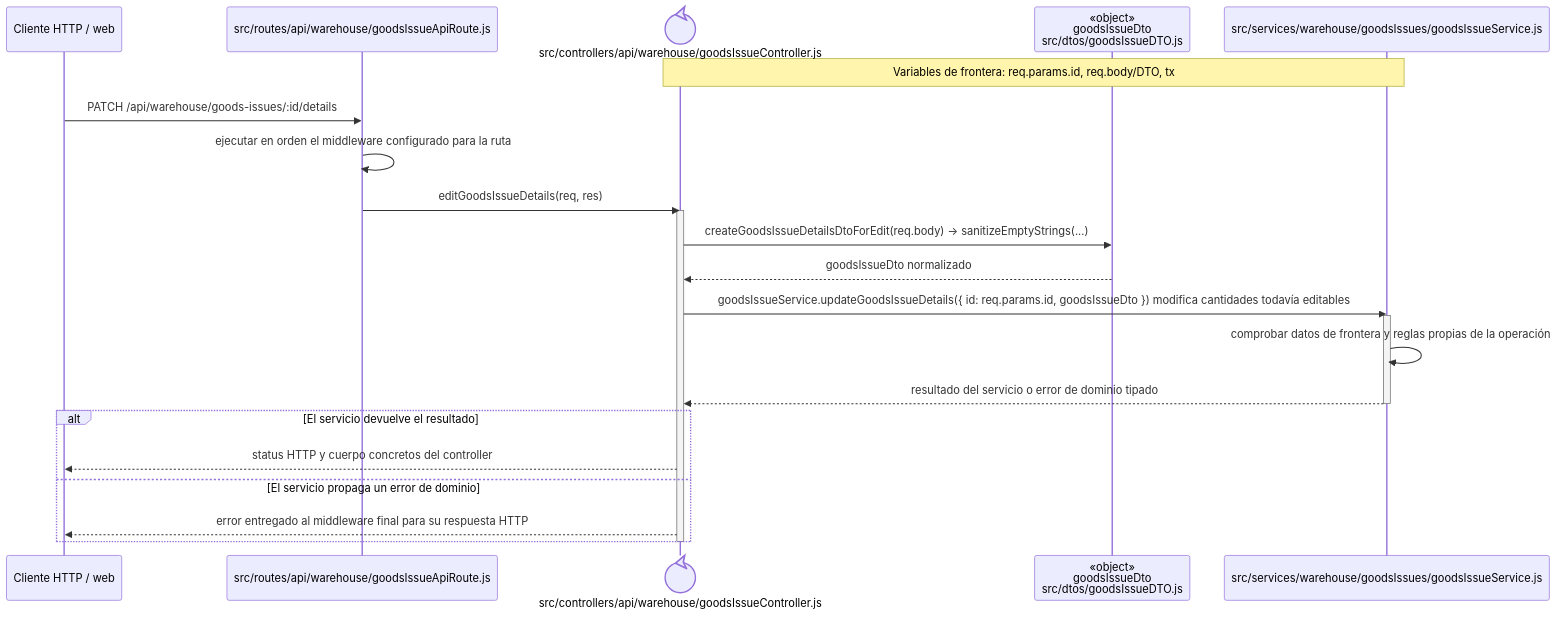
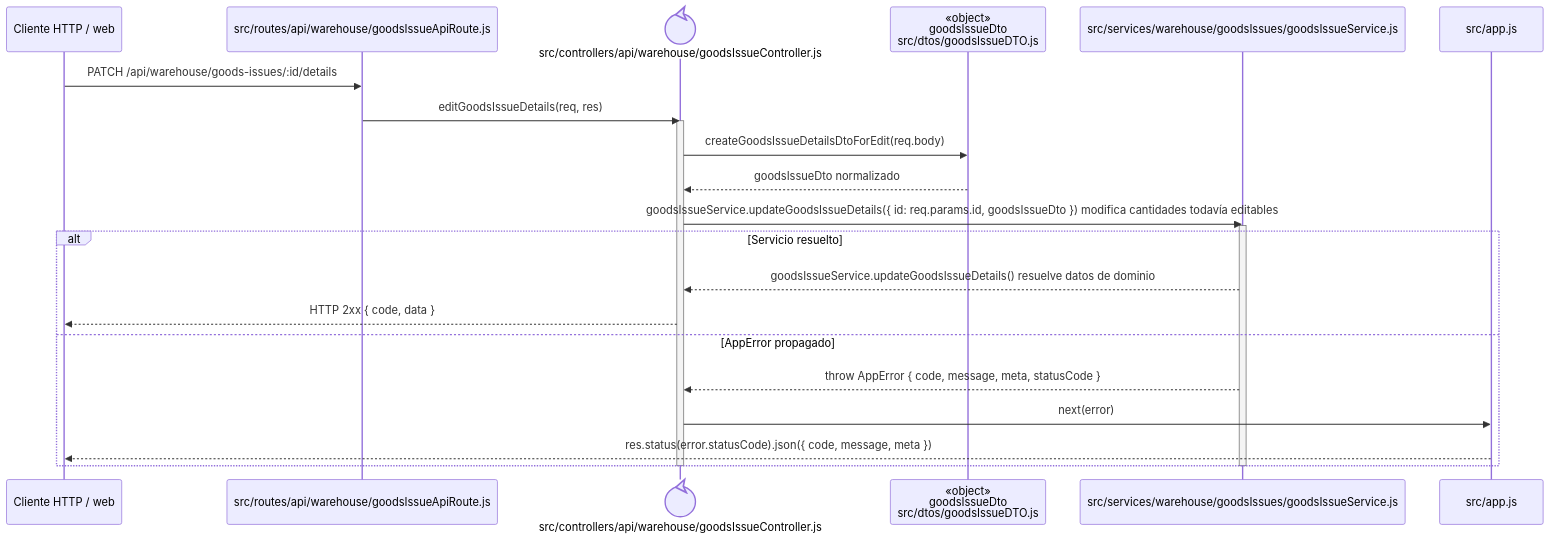
Before and after one commit to gpgsistemas01/nexus: the diagram in docs/architecture/backend-code-sequences/issues/cu-sal-04.md, drawn with Mermaid. The commit also changed 148 other files, not shown here.

````diff
--- a/docs/architecture/backend-code-sequences/issues/cu-sal-04.md
+++ b/docs/architecture/backend-code-sequences/issues/cu-sal-04.md
@@ -6,27 +6,27 @@
 ```mermaid
 sequenceDiagram
     participant Client as Cliente HTTP / web
     participant Route as src/routes/api/warehouse/goodsIssueApiRoute.js
     participant Controller@{ "type": "control" } as src/controllers/api/warehouse/goodsIssueController.js
     participant IssueDto as «object»<br/>goodsIssueDto<br/>src/dtos/goodsIssueDTO.js
     participant Domain as src/services/warehouse/goodsIssues/goodsIssueService.js
-    Note over Controller,Domain: Variables de frontera: req.params.id, req.body/DTO, tx
+    participant ErrorHandler as src/app.js
 
     Client->>Route: PATCH /api/warehouse/goods-issues/:id/details
-    Route->>Route: ejecutar en orden el middleware configurado para la ruta
     Route->>Controller: editGoodsIssueDetails(req, res)
     activate Controller
-    Controller->>IssueDto: createGoodsIssueDetailsDtoForEdit(req.body) → sanitizeEmptyStrings(...)
+    Controller->>IssueDto: createGoodsIssueDetailsDtoForEdit(req.body)
     IssueDto-->>Controller: goodsIssueDto normalizado
     Controller->>Domain: goodsIssueService.updateGoodsIssueDetails({ id: req.params.id, goodsIssueDto }) modifica cantidades todavía editables
     activate Domain
-    Domain->>Domain: comprobar datos de frontera y reglas propias de la operación
-    Domain-->>Controller: resultado del servicio o error de dominio tipado
+    alt Servicio resuelto
+        Domain-->>Controller: goodsIssueService.updateGoodsIssueDetails() resuelve datos de dominio
+        Controller-->>Client: HTTP 2xx { code, data }
+    else AppError propagado
+        Domain-->>Controller: throw AppError { code, message, meta, statusCode }
+        Controller->>ErrorHandler: next(error)
+        ErrorHandler-->>Client: res.status(error.statusCode).json({ code, message, meta })
+    end
     deactivate Domain
-    alt El servicio devuelve el resultado
-        Controller-->>Client: status HTTP y cuerpo concretos del controller
-    else El servicio propaga un error de dominio
-        Controller-->>Client: error entregado al middleware final para su respuesta HTTP
-    end
     deactivate Controller
 ```
````
